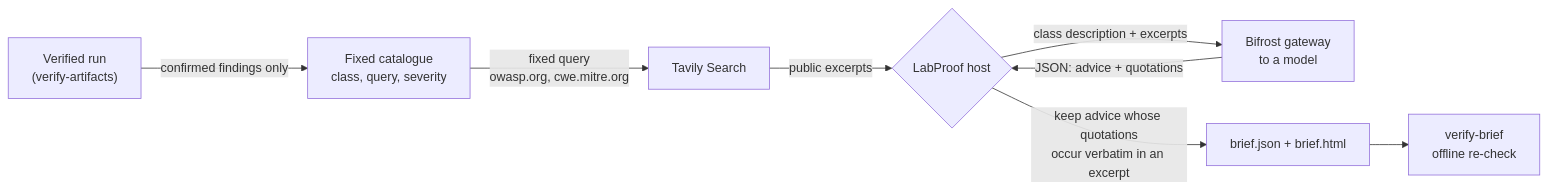
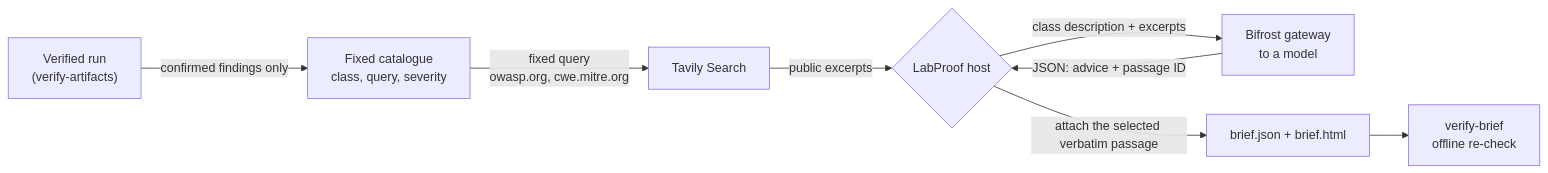
Before and after one commit to vishwateja2345/BitFrost-LabProof: the diagram in docs/BRIEF.md, drawn with Mermaid. The commit also changed other lines of this file and 52 other files, not shown here.

````diff
--- a/docs/BRIEF.md
+++ b/docs/BRIEF.md
@@ -11,10 +11,10 @@
 ```mermaid
 flowchart LR
   R["Verified run<br/>(verify-artifacts)"] -->|"confirmed findings only"| C["Fixed catalogue<br/>class, query, severity"]
   C -->|"fixed query<br/>owasp.org, cwe.mitre.org"| T["Tavily Search"]
   T -->|"public excerpts"| H{"LabProof host"}
   H -->|"class description + excerpts"| B["Bifrost gateway<br/>to a model"]
-  B -->|"JSON: advice + quotations"| H
-  H -->|"keep advice whose quotations<br/>occur verbatim in an excerpt"| O["brief.json + brief.html"]
+  B -->|"JSON: advice + passage ID"| H
+  H -->|"attach the selected verbatim passage"| O["brief.json + brief.html"]
   O --> V["verify-brief<br/>offline re-check"]
 ```
````
